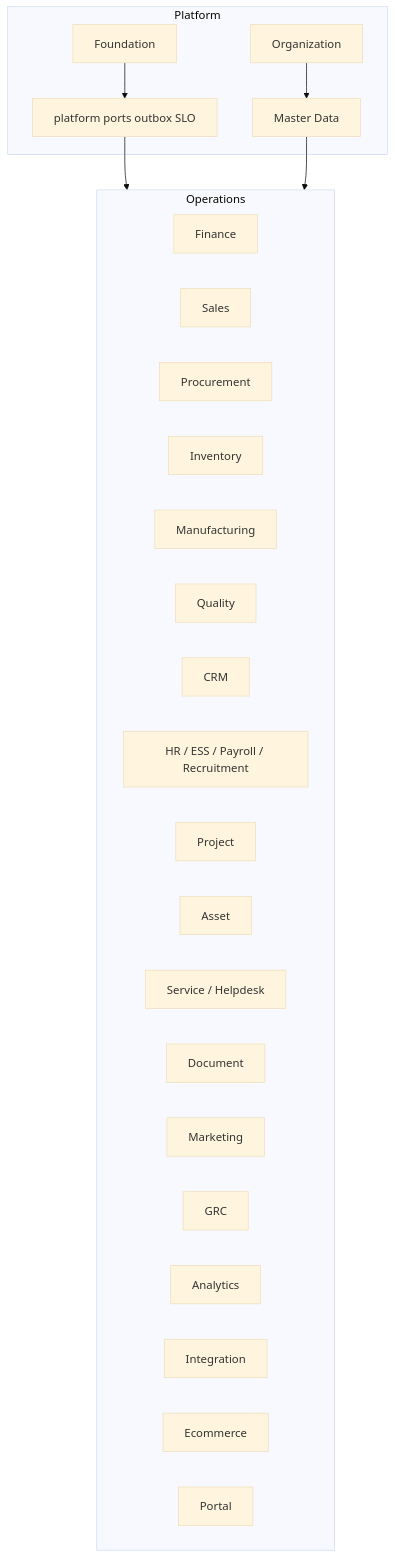
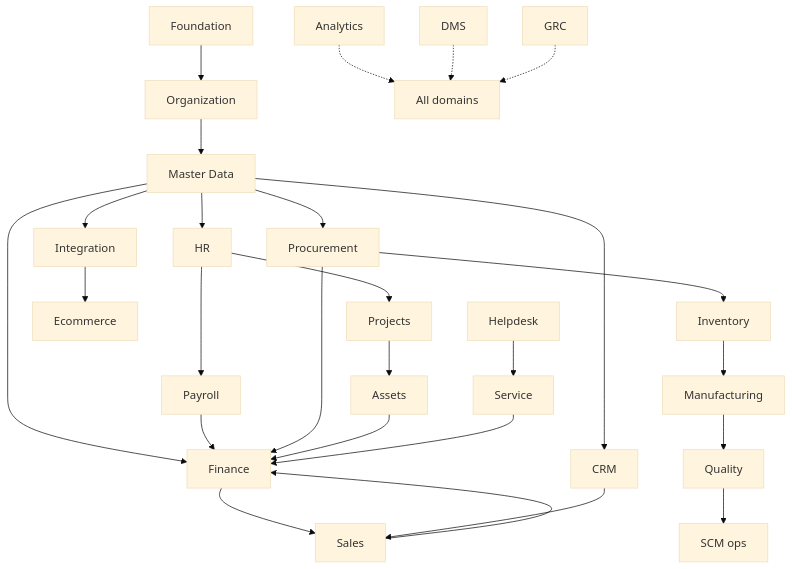
The seventh of 22 diagrams in docs/07_MASTER_ARCHITECTURE/Enterprise_ERP_Master_Architecture.md (Moksh-CacheDigitech/iConnectPlus), drawn with Mermaid (base theme) before and after one commit. The commit also changed other lines of this file and 55 other files, not shown here.

Commit message:
Refresh iConnect Plus master architecture docs and restore missing CRM/procurement imports.

````diff
--- a/docs/07_MASTER_ARCHITECTURE/Enterprise_ERP_Master_Architecture.md
+++ b/docs/07_MASTER_ARCHITECTURE/Enterprise_ERP_Master_Architecture.md
@@ -29,33 +440,29 @@
 ```mermaid
 flowchart TB
-  subgraph platform [Platform]
-    FND[Foundation]
-    PLAT[platform ports outbox SLO]
-    ORG[Organization]
-    MDM[Master Data]
-  end
-  subgraph ops [Operations]
-    FIN[Finance]
-    SAL[Sales]
-    PRC[Procurement]
-    INV[Inventory]
-    MFG[Manufacturing]
-    QM[Quality]
-    CRM[CRM]
-    HR[HR / ESS / Payroll / Recruitment]
-    PRJ[Project]
-    AST[Asset]
-    SVC[Service / Helpdesk]
-    DOC[Document]
-    MKT[Marketing]
-    GRC[GRC]
-    ANA[Analytics]
-    INT[Integration]
-    ECO[Ecommerce]
-    POR[Portal]
-  end
-  FND --> PLAT
-  ORG --> MDM
-  PLAT --> ops
-  MDM --> ops
+  FND[Foundation] --> ORG[Organization]
+  ORG --> MDM[Master Data]
+  MDM --> FIN[Finance]
+  MDM --> CRM[CRM]
+  MDM --> PRC[Procurement]
+  MDM --> HR[HR]
+  MDM --> INT[Integration]
+  FIN --> SAL[Sales]
+  CRM --> SAL
+  PRC --> INV[Inventory]
+  HR --> PAY[Payroll]
+  INT --> ECO[Ecommerce]
+  INV --> MFG[Manufacturing]
+  MFG --> QLT[Quality]
+  PAY --> FIN
+  SAL --> FIN
+  PRC --> FIN
+  HR --> PRJ[Projects]
+  PRJ --> AST[Assets]
+  AST --> FIN
+  QLT --> SCM[SCM ops]
+  HD[Helpdesk] --> SVC[Service]
+  SVC --> FIN
+  BI[Analytics] -.-> ALL[All domains]
+  DMS[DMS] -.-> ALL
+  GRC[GRC] -.-> ALL
 ```
````
